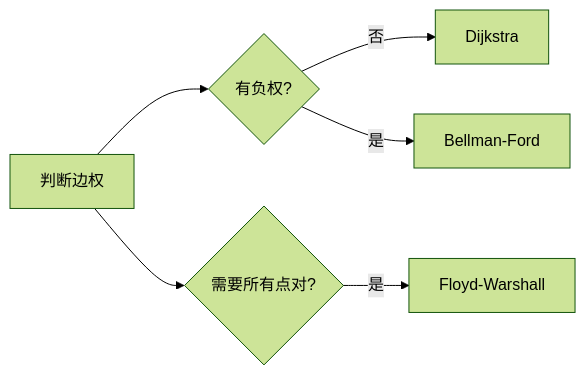
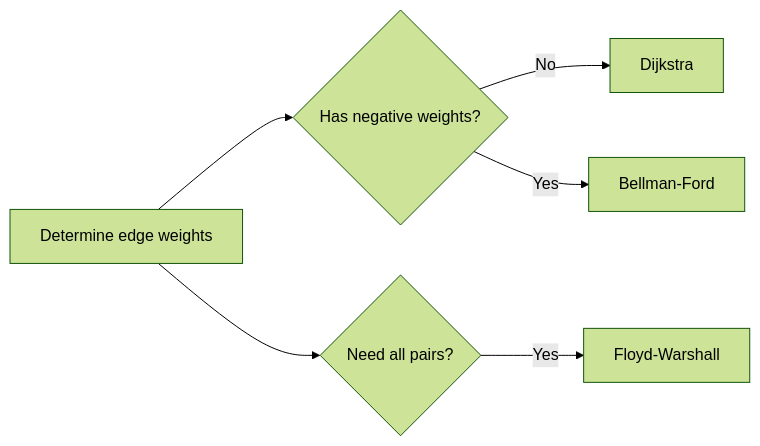
Before and after one commit to HONGLEI111/hhlblog-global: the second of 2 diagrams in src/content/technology/shortest-path.md, drawn with Mermaid (forest theme). The commit also changed 33 other files, not shown here.

First line of the commit message:
content(code): 翻译 mermaid 图节点标签（34 文件 / 267 处）

````diff
--- a/src/content/technology/shortest-path.md
+++ b/src/content/technology/shortest-path.md
@@ -280,8 +280,8 @@
 ```mermaid
 graph LR
-    A[判断边权] --> B{有负权?}
-    B -->|否| C[Dijkstra]
-    B -->|是| D[Bellman-Ford]
-    A --> E{需要所有点对?}
-    E -->|是| F[Floyd-Warshall]
+    A[Determine edge weights] --> B{Has negative weights?}
+    B -->|No| C[Dijkstra]
+    B -->|Yes| D[Bellman-Ford]
+    A --> E{Need all pairs?}
+    E -->|Yes| F[Floyd-Warshall]
 ```
````
